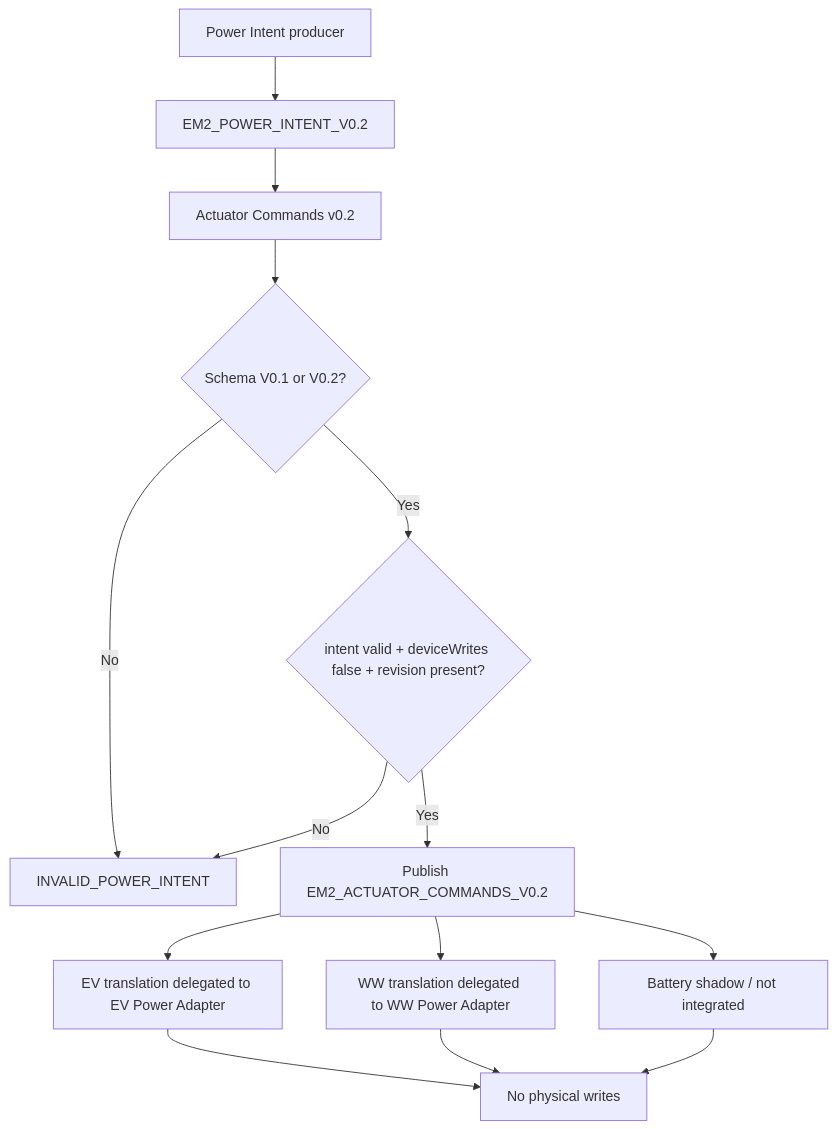
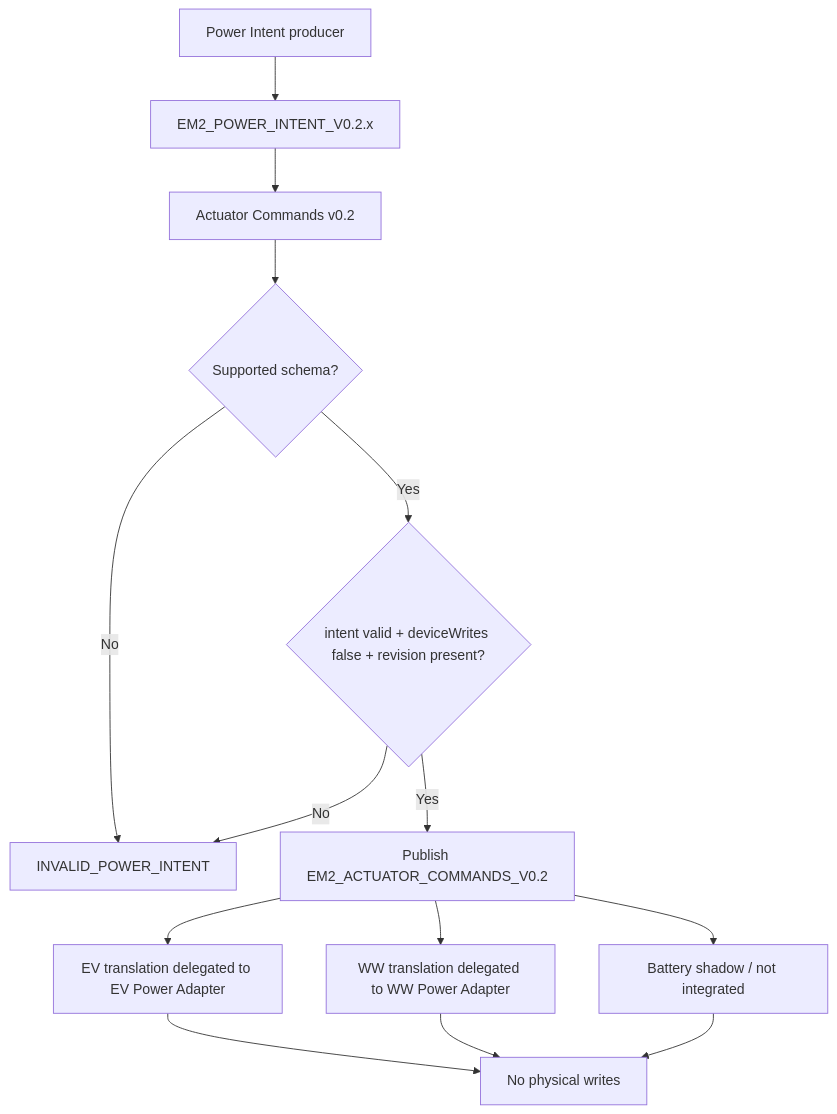
The eighth of 9 diagrams in docs/software-architecture/flows/planner-power-intent-flow.md (OnsKasteeltje/homey-energy-manual), drawn with Mermaid before and after one commit. The commit also changed other lines of this file, not shown here.

Commit message:
docs: correct Tesla opportunity and deadline flow policy

````diff
--- a/docs/software-architecture/flows/planner-power-intent-flow.md
+++ b/docs/software-architecture/flows/planner-power-intent-flow.md
@@ -333,16 +343,16 @@
 ```mermaid
 flowchart TD
-    A[Power Intent producer] --> B[EM2_POWER_INTENT_V0.2]
+    A[Power Intent producer] --> B[EM2_POWER_INTENT_V0.2.x]
     B --> C[Actuator Commands v0.2]
-    C --> D{Schema V0.1 or V0.2?}
+    C --> D{Supported schema?}
     D -->|No| E[INVALID_POWER_INTENT]
     D -->|Yes| F{intent valid + deviceWrites false + revision present?}
     F -->|No| E
     F -->|Yes| G[Publish EM2_ACTUATOR_COMMANDS_V0.2]
     G --> H[EV translation delegated to EV Power Adapter]
     G --> I[WW translation delegated to WW Power Adapter]
     G --> J[Battery shadow / not integrated]
     H --> K[No physical writes]
     I --> K
     J --> K
 ```
````
